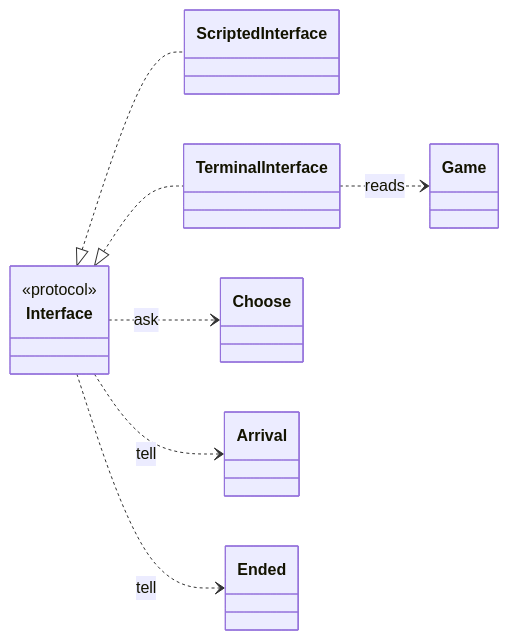
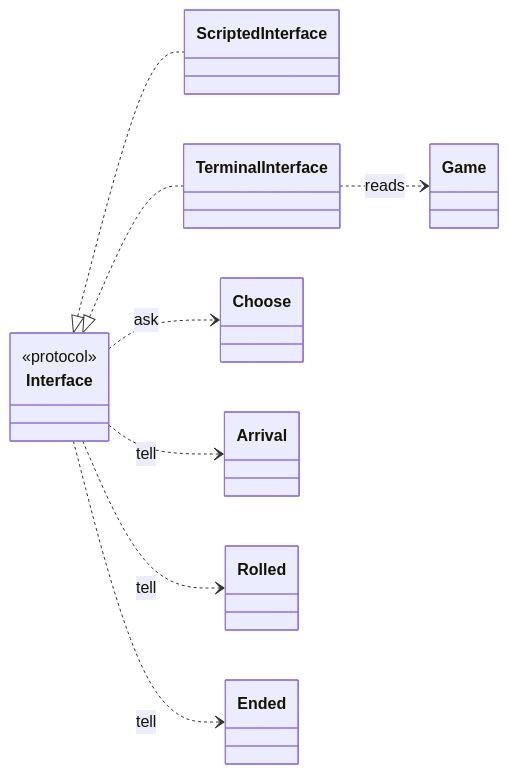
Before and after one commit to NathanChalot/AloneVsFEear: the fourth of 6 diagrams in docs/architecture.md, drawn with Mermaid. The commit also changed other lines of this file and 24 other files, not shown here.

````diff
--- a/docs/architecture.md
+++ b/docs/architecture.md
@@ -103,13 +116,14 @@
 ```mermaid
 classDiagram
     direction LR
     Interface <|.. ScriptedInterface
     Interface <|.. TerminalInterface
     Interface ..> Choose : ask
     Interface ..> Arrival : tell
+    Interface ..> Rolled : tell
     Interface ..> Ended : tell
     TerminalInterface ..> Game : reads
     class Interface {
         <<protocol>>
     }
 ```
````
